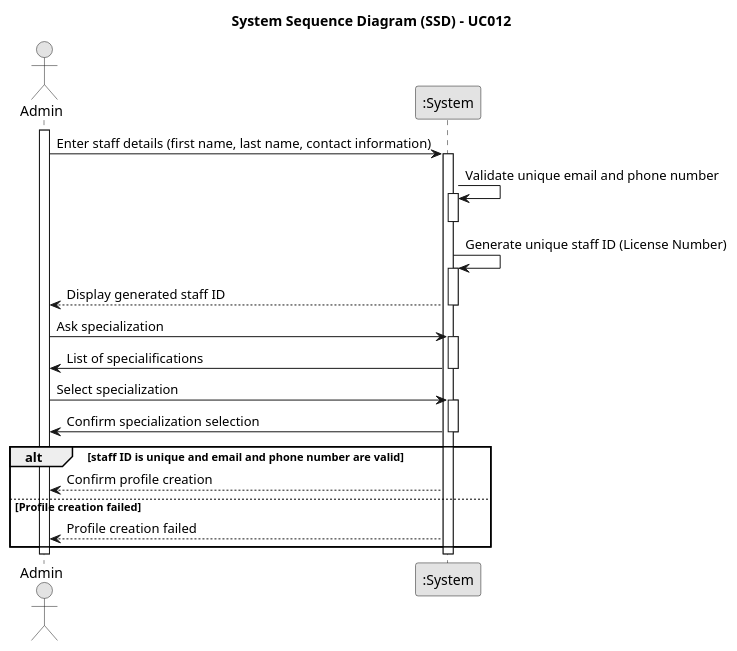
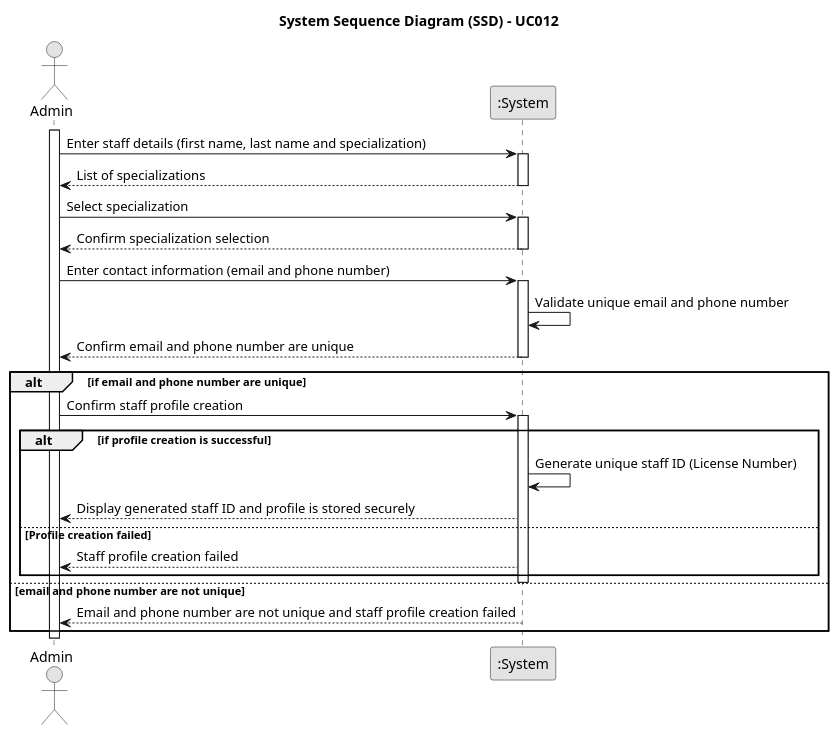
The diagram in docs/SprintA/UseCases/UC012/01.requirements-engineering/puml/uc012-system-sequence-diagram.puml (1221124/sem5pi-24-25-g031), drawn with PlantUML before and after one commit. The commit also changed 2 other files, not shown here.

```diff
--- a/docs/SprintA/UseCases/UC012/01.requirements-engineering/puml/uc012-system-sequence-diagram.puml
+++ b/docs/SprintA/UseCases/UC012/01.requirements-engineering/puml/uc012-system-sequence-diagram.puml
@@ -1,62 +1,50 @@
 @startuml
 skinparam monochrome true
 skinparam packageStyle rectangle
 skinparam shadowing false
 
 title System Sequence Diagram (SSD) - UC012
 actor Admin as Admin
 participant ":System" as System
 
 activate Admin
 
-        Admin -> System: Enter staff details (first name, last name, contact information)
-
+    Admin -> System: Enter staff details (first name, last name and specialization)
     activate System
 
-            System -> System: Validate unique email and phone number
+    System --> Admin: List of specializations
+    deactivate System
 
+    Admin -> System: Select specialization
+    activate System
+
+    System --> Admin: Confirm specialization selection
+    deactivate System
+
+    Admin -> System: Enter contact information (email and phone number)
+    activate System
+
+    System -> System: Validate unique email and phone number
+    System --> Admin: Confirm email and phone number are unique
+    deactivate System
+
+    alt if email and phone number are unique
+        Admin -> System: Confirm staff profile creation
         activate System
 
+        alt if profile creation is successful
+            System -> System: Generate unique staff ID (License Number)
+            System --> Admin: Display generated staff ID and profile is stored securely
+        else Profile creation failed
+            System --> Admin: Staff profile creation failed
+        end
         deactivate System
 
-            System -> System: Generate unique staff ID (License Number)
-
-
-        activate System
-
-            System --> Admin: Display generated staff ID
-        
+    else email and phone number are not unique
+        System --> Admin: Email and phone number are not unique and staff profile creation failed
         deactivate System
-        
-            Admin -> System: Ask specialization
-
-            activate System
-
-                System -> Admin: List of specialifications
-
-            deactivate System
-
-                Admin -> System: Select specialization
-
-                activate System
-
-                    System -> Admin: Confirm specialization selection 
-
-                deactivate System
-
-
-        alt staff ID is unique and email and phone number are valid
-
-            System --> Admin: Confirm profile creation
-
-        else Profile creation failed
-
-            System --> Admin: Profile creation failed
-
-        end
-
-    deactivate System
+    end
 
 deactivate Admin
 
 @enduml
```
